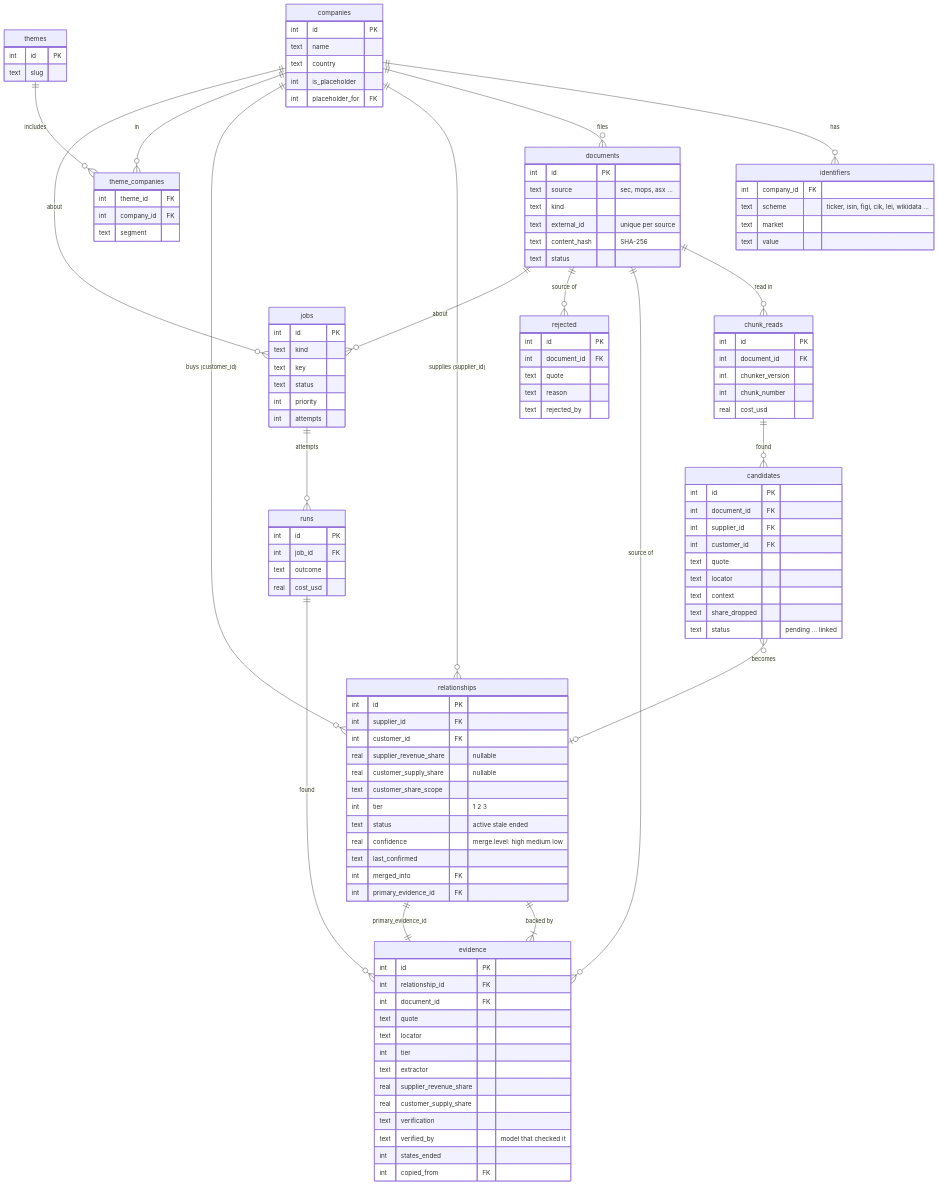
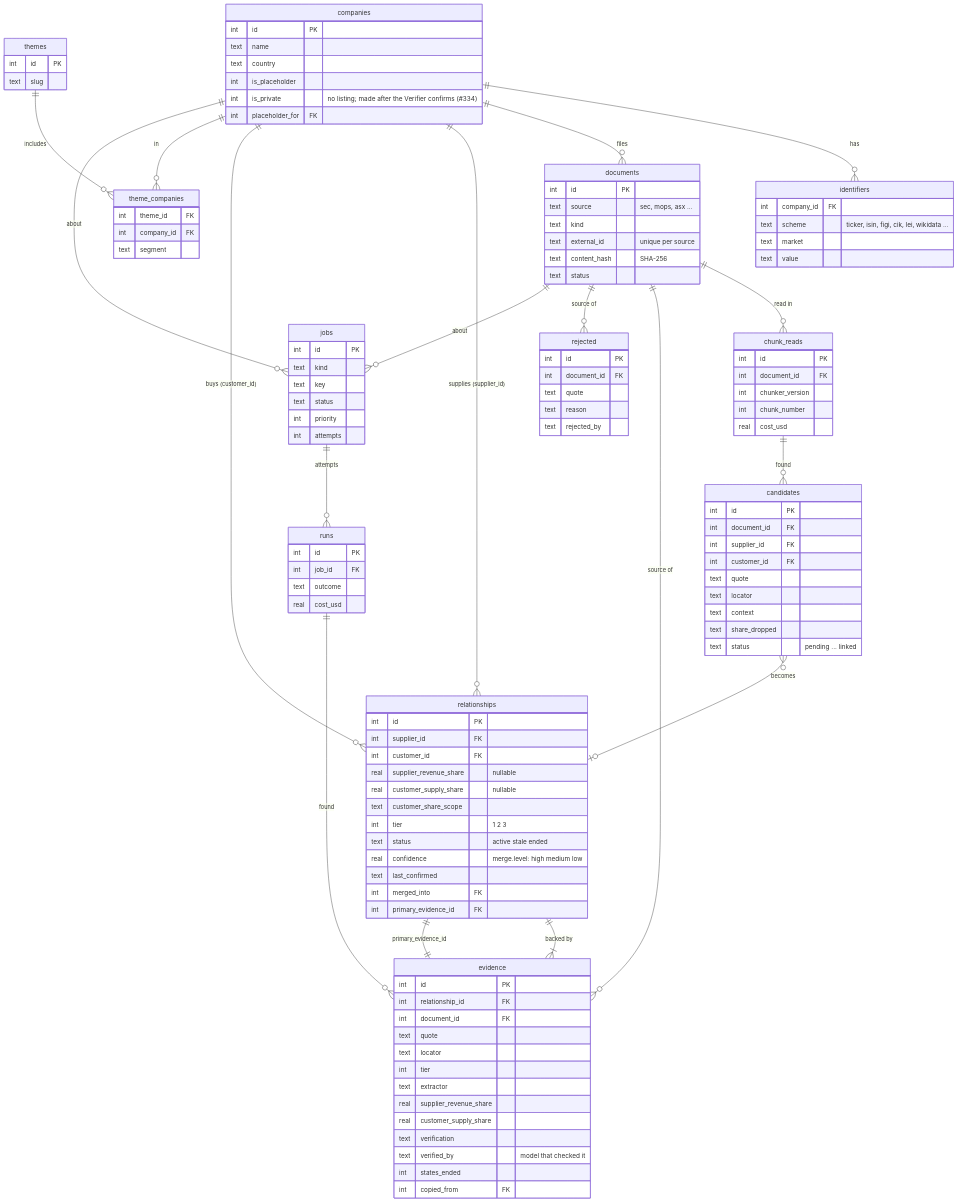
One commit to Indomie-glitch/ibkr-portfolio-manager changed the diagram in docs/supply-chain-graph.md. Above: the diagram before and after it, drawn with Mermaid. The commit also changed other lines of this file and 17 other files, not shown here.

```diff
--- a/docs/supply-chain-graph.md
+++ b/docs/supply-chain-graph.md
@@ -69,6 +78,7 @@
         text name
         text country
         int is_placeholder
+        int is_private "no listing; made after the Verifier confirms (#334)"
         int placeholder_for FK }
     identifiers { int company_id FK
         text scheme "ticker, isin, figi, cik, lei, wikidata ..."
```
